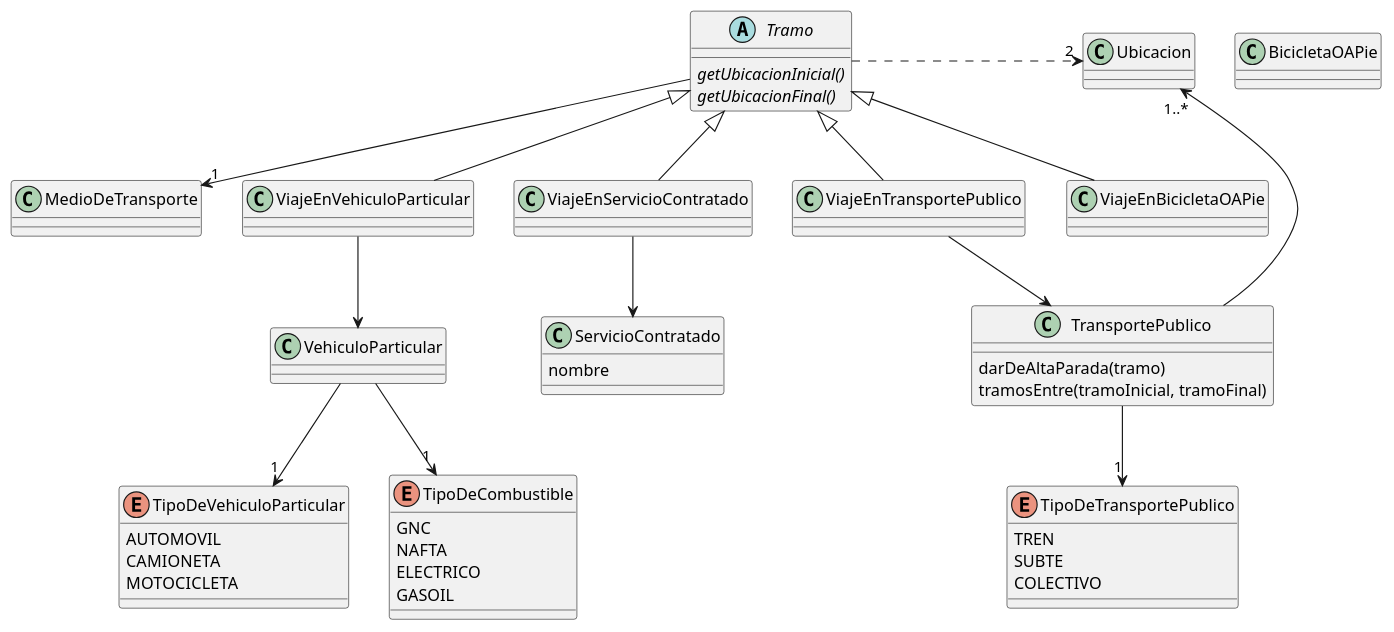
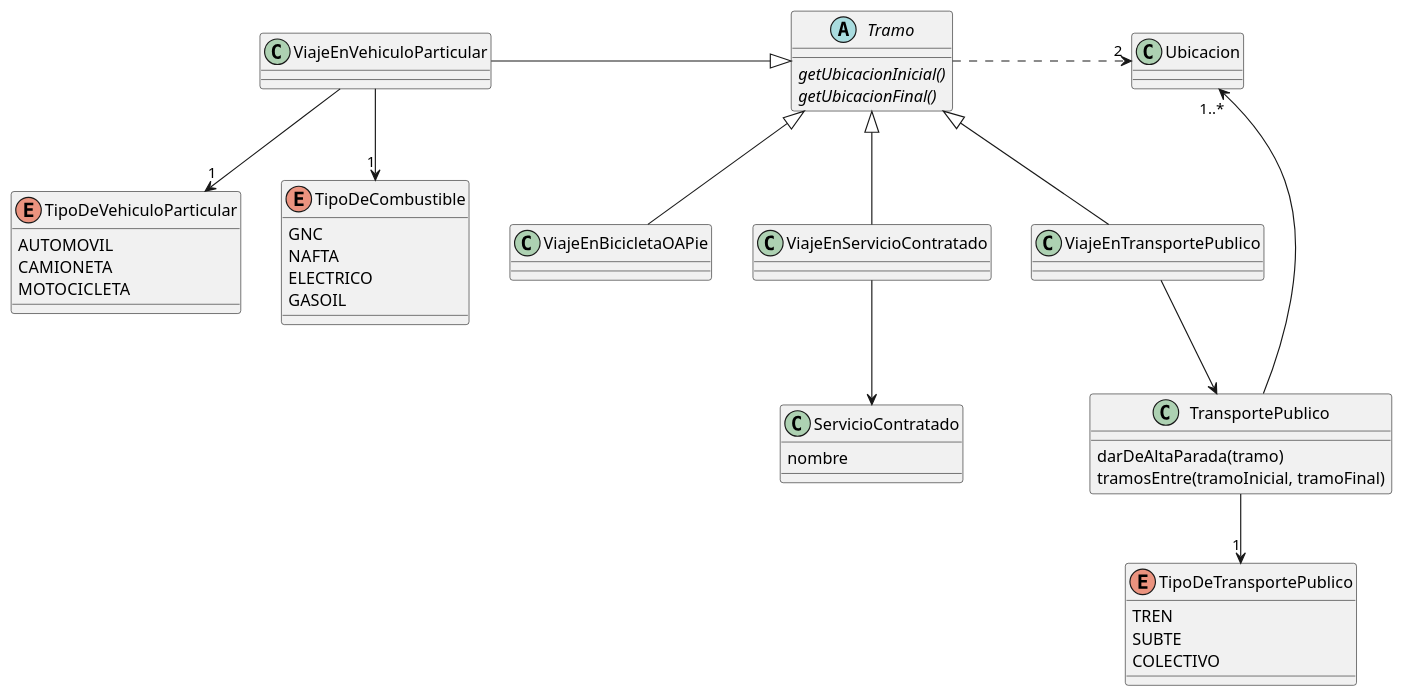
Before and after one commit to RaniAgus/dds-2022: the diagram in docs/tpa1-alternativas/tramos-abstract.puml, drawn with PlantUML.

Commit message:
corrijo un toque tramos-abstract.puml

```diff
--- a/docs/tpa1-alternativas/tramos-abstract.puml
+++ b/docs/tpa1-alternativas/tramos-abstract.puml
@@ -1,61 +1,52 @@
 @startuml
 
 abstract class Tramo {
     {abstract} getUbicacionInicial()
     {abstract} getUbicacionFinal()
 }
 
 Tramo .right.> "2" Ubicacion
-Tramo -down-> "1" MedioDeTransporte
 
-Tramo <|-- ViajeEnVehiculoParticular
+Tramo <|-left- ViajeEnVehiculoParticular
 Tramo <|-- ViajeEnTransportePublico
 Tramo <|-- ViajeEnServicioContratado
 Tramo <|-- ViajeEnBicicletaOAPie
 
-ViajeEnVehiculoParticular --> VehiculoParticular
 ViajeEnTransportePublico --> TransportePublico
 ViajeEnServicioContratado --> ServicioContratado
-
-class VehiculoParticular {
-}
-
-VehiculoParticular --> "1" TipoDeVehiculoParticular
-VehiculoParticular --> "1" TipoDeCombustible
+ViajeEnVehiculoParticular --> "1" TipoDeVehiculoParticular
+ViajeEnVehiculoParticular --> "1" TipoDeCombustible
 
 enum TipoDeVehiculoParticular {
     AUTOMOVIL
     CAMIONETA
     MOTOCICLETA
 }
 
 enum TipoDeCombustible {
     GNC
     NAFTA
     ELECTRICO
     GASOIL
 }
 
 class ServicioContratado {
     nombre
 }
 
-class BicicletaOAPie {
-}
-
 class TransportePublico {
     darDeAltaParada(tramo)
     tramosEntre(tramoInicial, tramoFinal)
 }
 
 
 enum TipoDeTransportePublico {
     TREN
     SUBTE
     COLECTIVO
 }
 
 TransportePublico --> "1" TipoDeTransportePublico
 TransportePublico -up-> "1..*" Ubicacion
 
 @enduml
```
